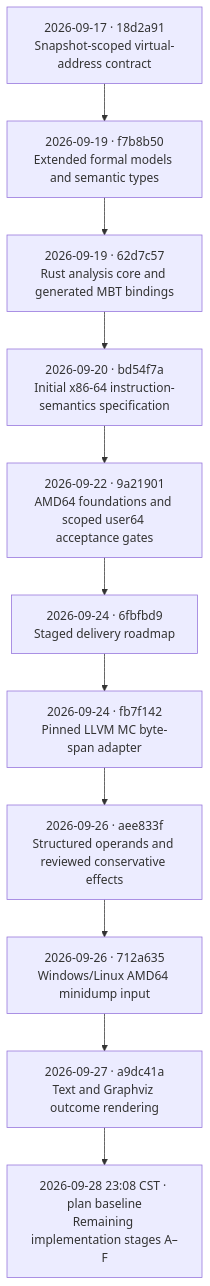
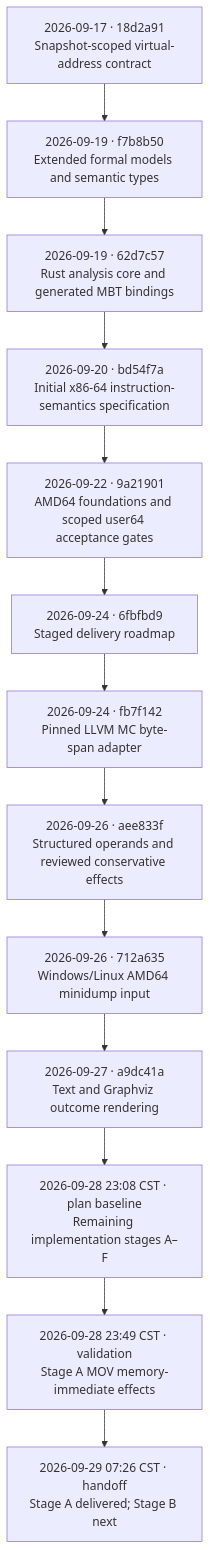
Before and after one commit to NzSN/Ariadne: the first of 2 diagrams in CHECKPOINTS.md, drawn with Mermaid. The commit also changed other lines of this file and 19 other files, not shown here.

Commit message:
feat: add reviewed memory-immediate MOV effects

````diff
--- a/CHECKPOINTS.md
+++ b/CHECKPOINTS.md
@@ -7,15 +8,17 @@
 ```mermaid
 flowchart TD
     A["2026-09-17 · 18d2a91<br/>Snapshot-scoped virtual-address contract"]
     B["2026-09-19 · f7b8b50<br/>Extended formal models and semantic types"]
     C["2026-09-19 · 62d7c57<br/>Rust analysis core and generated MBT bindings"]
     D["2026-09-20 · bd54f7a<br/>Initial x86-64 instruction-semantics specification"]
     E["2026-09-22 · 9a21901<br/>AMD64 foundations and scoped user64 acceptance gates"]
     F["2026-09-24 · 6fbfbd9<br/>Staged delivery roadmap"]
     G["2026-09-24 · fb7f142<br/>Pinned LLVM MC byte-span adapter"]
     H["2026-09-26 · aee833f<br/>Structured operands and reviewed conservative effects"]
     I["2026-09-26 · 712a635<br/>Windows/Linux AMD64 minidump input"]
     J["2026-09-27 · a9dc41a<br/>Text and Graphviz outcome rendering"]
     K["2026-09-28 23:08 CST · plan baseline<br/>Remaining implementation stages A–F"]
-    A --> B --> C --> D --> E --> F --> G --> H --> I --> J --> K
+    L["2026-09-28 23:49 CST · validation<br/>Stage A MOV memory-immediate effects"]
+    M["2026-09-29 07:26 CST · handoff<br/>Stage A delivered; Stage B next"]
+    A --> B --> C --> D --> E --> F --> G --> H --> I --> J --> K --> L --> M
 ```
````
